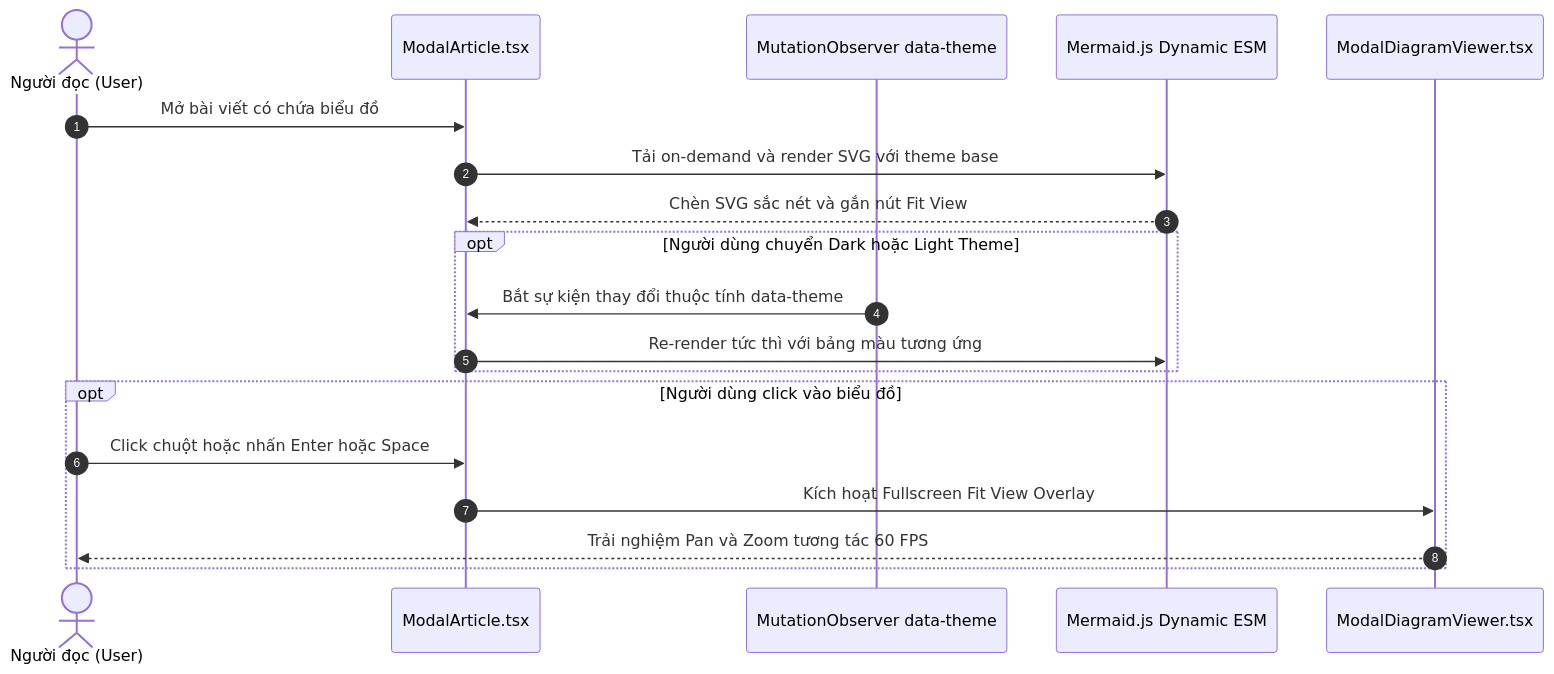
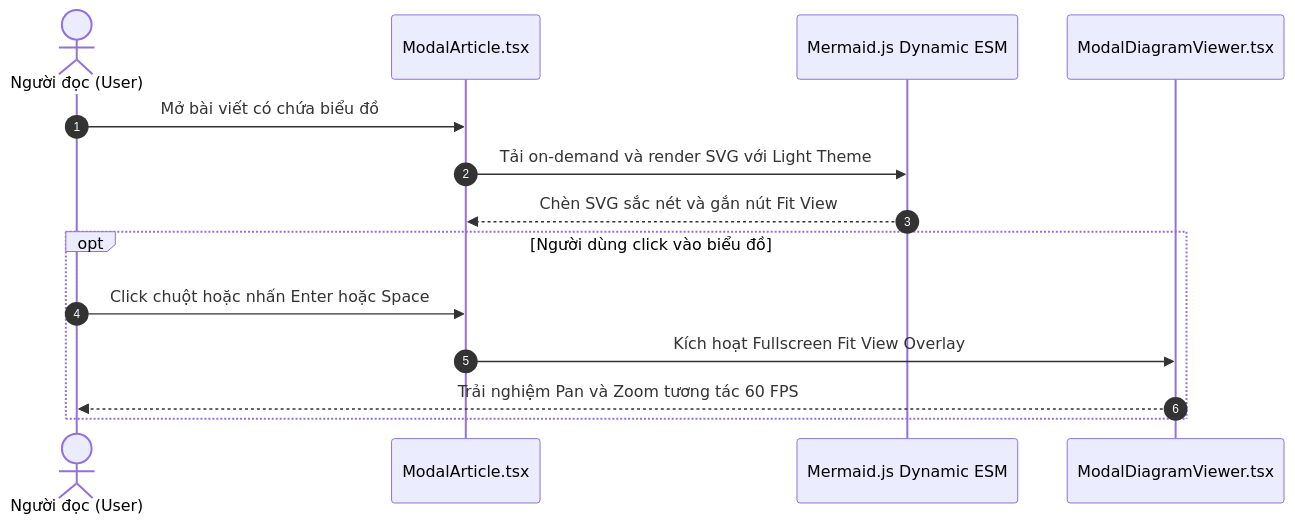
One commit to ga2631/ga2631.github.io changed the diagram in src/data/blog/vi/2026-09-10-22-optimizing-mermaid-frontend-ui-theme-viewport-responsive.md. Above: the diagram before and after it, drawn with Mermaid. The commit also changed other lines of this file and 95 other files, not shown here.

````diff
--- a/src/data/blog/vi/2026-09-10-22-optimizing-mermaid-frontend-ui-theme-viewport-responsive.md
+++ b/src/data/blog/vi/2026-09-10-22-optimizing-mermaid-frontend-ui-theme-viewport-responsive.md
@@ -52,22 +52,17 @@
 ```mermaid
 sequenceDiagram
     autonumber
     actor Reader as Người đọc (User)
     participant Article as ModalArticle.tsx
-    participant ThemeObs as MutationObserver data-theme
     participant MermaidEngine as Mermaid.js Dynamic ESM
     participant Viewer as ModalDiagramViewer.tsx
 
     Reader->>Article: Mở bài viết có chứa biểu đồ
-    Article->>MermaidEngine: Tải on-demand và render SVG với theme base
+    Article->>MermaidEngine: Tải on-demand và render SVG với Light Theme
     MermaidEngine-->>Article: Chèn SVG sắc nét và gắn nút Fit View
-    opt Người dùng chuyển Dark hoặc Light Theme
-        ThemeObs->>Article: Bắt sự kiện thay đổi thuộc tính data-theme
-        Article->>MermaidEngine: Re-render tức thì với bảng màu tương ứng
-    end
     opt Người dùng click vào biểu đồ
         Reader->>Article: Click chuột hoặc nhấn Enter hoặc Space
         Article->>Viewer: Kích hoạt Fullscreen Fit View Overlay
         Viewer-->>Reader: Trải nghiệm Pan và Zoom tương tác 60 FPS
     end
 ```
````
